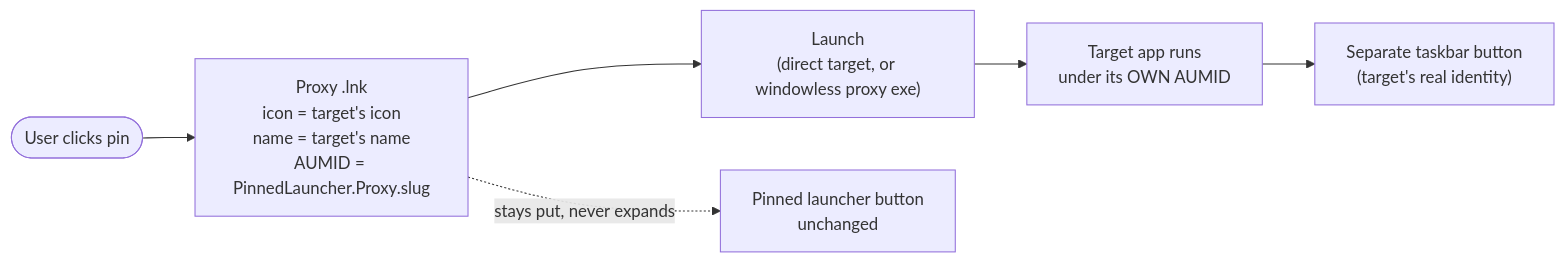
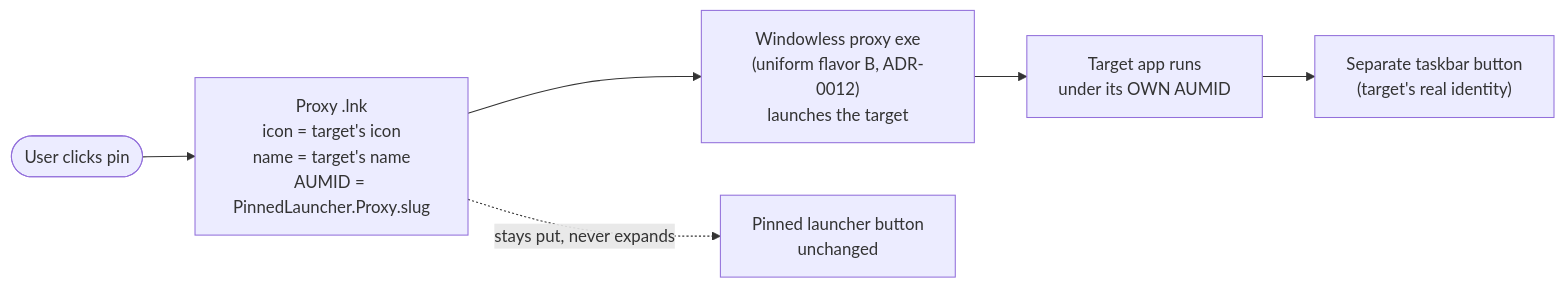
The first of 2 diagrams in docs/architecture.md (lornova/PinnedLauncher), drawn with Mermaid before and after one commit. The commit also changed other lines of this file and 24 other files, not shown here.

````diff
--- a/docs/architecture.md
+++ b/docs/architecture.md
@@ -32,8 +33,8 @@
 ```mermaid
 flowchart LR
     U([User clicks pin]) --> LNK["Proxy .lnk<br/>icon = target's icon<br/>name = target's name<br/>AUMID = PinnedLauncher.Proxy.slug"]
-    LNK --> PX["Launch<br/>(direct target, or windowless proxy exe)"]
+    LNK --> PX["Windowless proxy exe<br/>(uniform flavor B, ADR-0012)<br/>launches the target"]
     PX --> TGT["Target app runs<br/>under its OWN AUMID"]
     TGT --> BTN["Separate taskbar button<br/>(target's real identity)"]
     LNK -. stays put, never expands .-> PIN["Pinned launcher button<br/>unchanged"]
 ```
````
